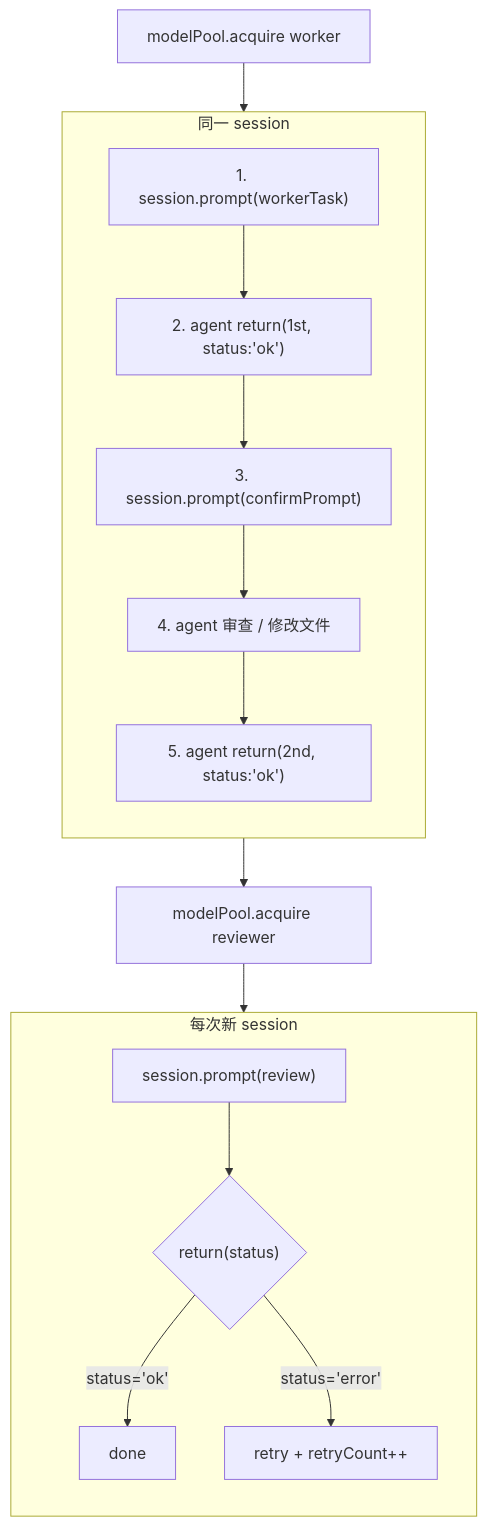
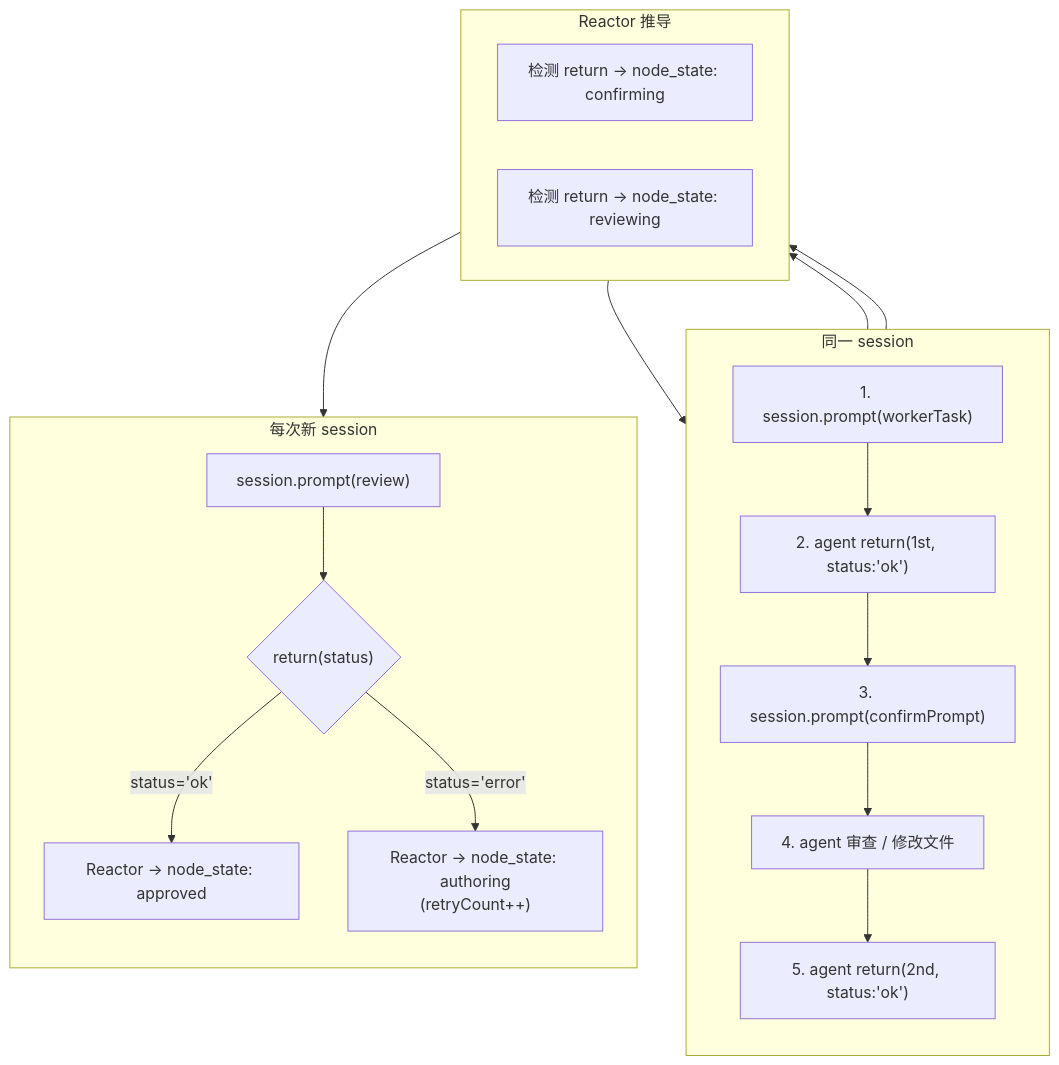
One commit to PamelaSprin47685ghall/omp-me changed the diagram in squad-tau/PRD/03-squad-sessions.md. Above: the diagram before and after it, drawn with Mermaid. The commit also changed other lines of this file and 150 other files, not shown here.

````diff
--- a/squad-tau/PRD/03-squad-sessions.md
+++ b/squad-tau/PRD/03-squad-sessions.md
@@ -69,26 +69,34 @@
 ```mermaid
 graph TD
-    subgraph runWorker[同一 session]
+    subgraph runWorker["同⼀ session"]
         direction TB
         W1["1. session.prompt(workerTask)"]
         W2["2. agent return(1st, status:'ok')"]
         W3["3. session.prompt(confirmPrompt)"]
         W4["4. agent 审查 / 修改文件"]
         W5["5. agent return(2nd, status:'ok')"]
         W1 --> W2 --> W3 --> W4 --> W5
     end
 
-    MP1[modelPool.acquire worker] --> runWorker
-    runWorker --> MP2[modelPool.acquire reviewer]
-
-    subgraph runReviewer[每次新 session]
-        direction TB
-        R1["session.prompt(review)"]
-        R2{"return(status)"}
-        R1 --> R2
-        R2 -->|status='ok'| DONE[done]
-        R2 -->|status='error'| RETRY[retry + retryCount++]
+    subgraph Reactor[Reactor 推导]
+        direction LR
+        R1["检测 return → node_state: confirming"]
+        R2["检测 return → node_state: reviewing"]
     end
 
-    MP2 --> runReviewer
+    W2 --> R1
+    W5 --> R2
+
+    R1 --> runWorker
+
+    subgraph runReviewer["每次新 session"]
+        direction TB
+        REV1["session.prompt(review)"]
+        REV2{"return(status)"}
+        REV1 --> REV2
+        REV2 -->|status='ok'| DONE["Reactor → node_state: approved"]
+        REV2 -->|status='error'| RETRY["Reactor → node_state: authoring\n(retryCount++)"]
+    end
+
+    R2 --> runReviewer
 ```
````
